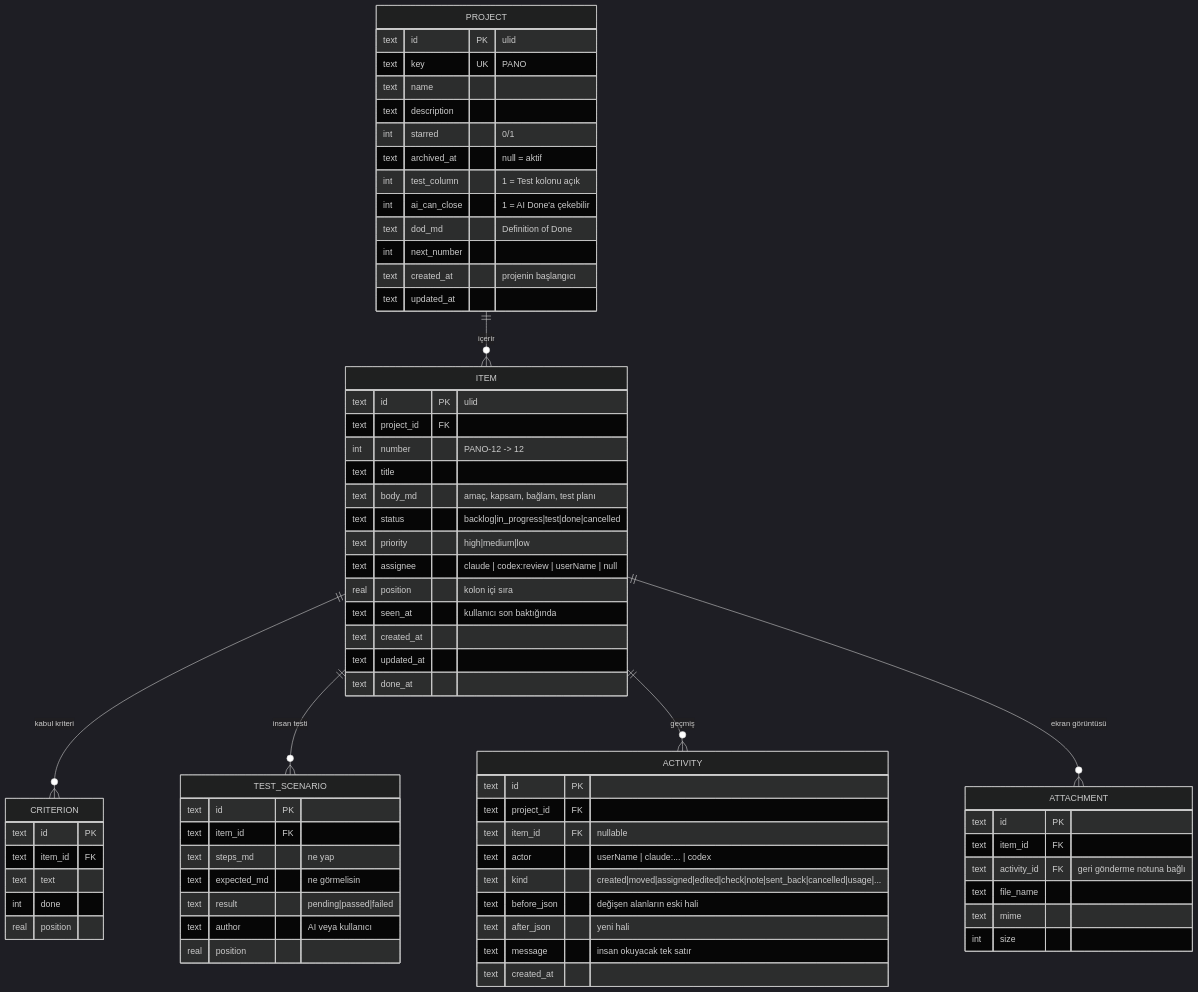
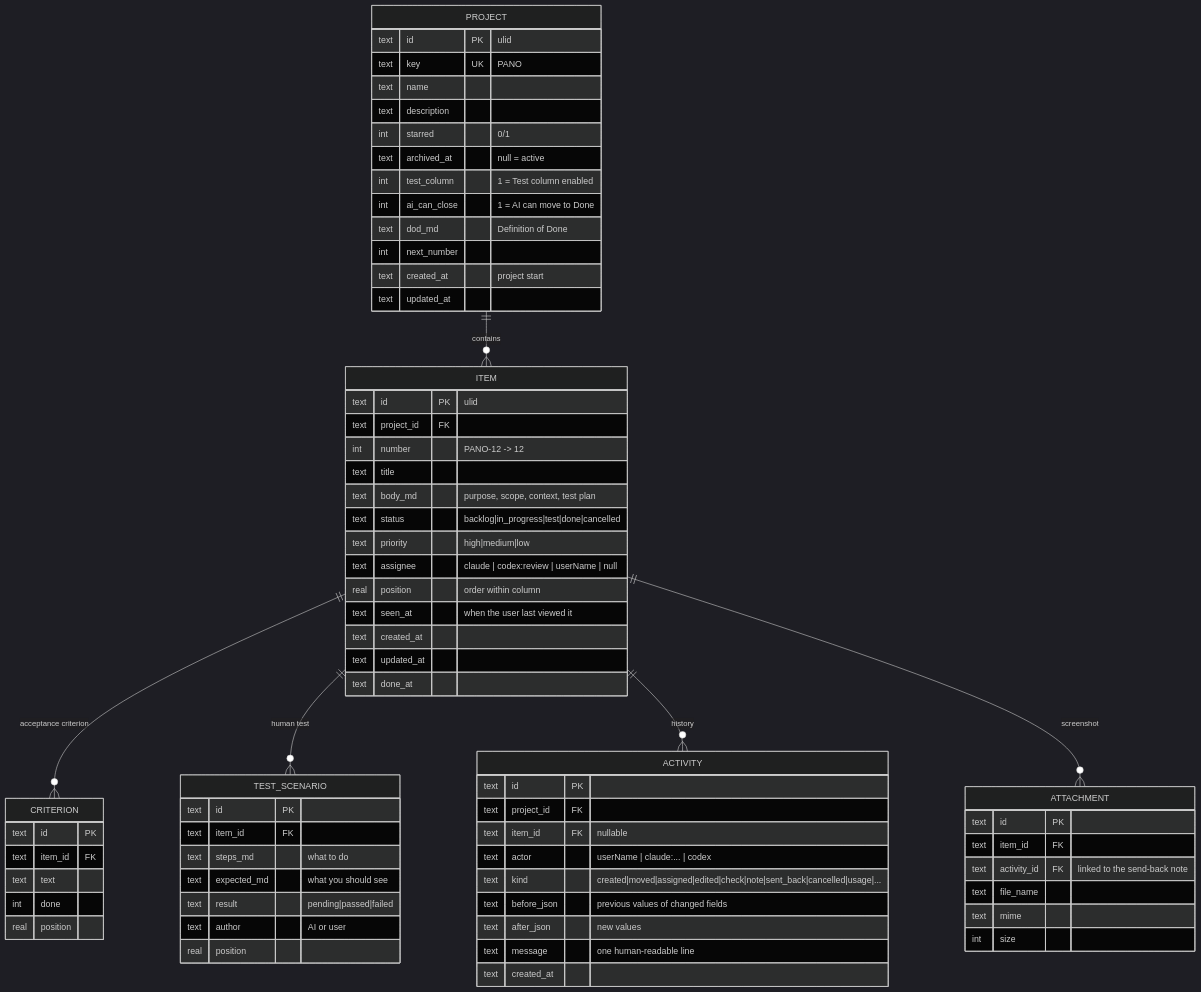
One commit to Metonya/pano changed the second of 2 diagrams in docs/architecture.md. Above: the diagram before and after it, drawn with Mermaid (dark theme). The commit also changed other lines of this file and 10 other files, not shown here.

````diff
--- a/docs/architecture.md
+++ b/docs/architecture.md
@@ -68,72 +68,72 @@
 ```mermaid
 erDiagram
-  PROJECT ||--o{ ITEM : içerir
-  ITEM ||--o{ CRITERION : "kabul kriteri"
-  ITEM ||--o{ TEST_SCENARIO : "insan testi"
-  ITEM ||--o{ ACTIVITY : "geçmiş"
-  ITEM ||--o{ ATTACHMENT : "ekran görüntüsü"
+  PROJECT ||--o{ ITEM : contains
+  ITEM ||--o{ CRITERION : "acceptance criterion"
+  ITEM ||--o{ TEST_SCENARIO : "human test"
+  ITEM ||--o{ ACTIVITY : "history"
+  ITEM ||--o{ ATTACHMENT : "screenshot"
   PROJECT {
     text id PK "ulid"
     text key UK "PANO"
     text name
     text description
     int starred "0/1"
-    text archived_at "null = aktif"
-    int test_column "1 = Test kolonu açık"
-    int ai_can_close "1 = AI Done'a çekebilir"
+    text archived_at "null = active"
+    int test_column "1 = Test column enabled"
+    int ai_can_close "1 = AI can move to Done"
     text dod_md "Definition of Done"
     int next_number
-    text created_at "projenin başlangıcı"
+    text created_at "project start"
     text updated_at
   }
   ITEM {
     text id PK "ulid"
     text project_id FK
     int number "PANO-12 -> 12"
     text title
-    text body_md "amaç, kapsam, bağlam, test planı"
+    text body_md "purpose, scope, context, test plan"
     text status "backlog|in_progress|test|done|cancelled"
     text priority "high|medium|low"
     text assignee "claude | codex:review | userName | null"
-    real position "kolon içi sıra"
-    text seen_at "kullanıcı son baktığında"
+    real position "order within column"
+    text seen_at "when the user last viewed it"
     text created_at
     text updated_at
     text done_at
   }
   CRITERION {
     text id PK
     text item_id FK
     text text
     int done
     real position
   }
   TEST_SCENARIO {
     text id PK
     text item_id FK
-    text steps_md "ne yap"
-    text expected_md "ne görmelisin"
+    text steps_md "what to do"
+    text expected_md "what you should see"
     text result "pending|passed|failed"
-    text author "AI veya kullanıcı"
+    text author "AI or user"
     real position
   }
   ATTACHMENT {
     text id PK
     text item_id FK
-    text activity_id FK "geri gönderme notuna bağlı"
+    text activity_id FK "linked to the send-back note"
     text file_name
     text mime
     int size
   }
   ACTIVITY {
     text id PK
     text project_id FK
     text item_id FK "nullable"
     text actor "userName | claude:... | codex"
     text kind "created|moved|assigned|edited|check|note|sent_back|cancelled|usage|..."
-    text before_json "değişen alanların eski hali"
-    text after_json "yeni hali"
-    text message "insan okuyacak tek satır"
+    text before_json "previous values of changed fields"
+    text after_json "new values"
+    text message "one human-readable line"
     text created_at
   }
 ```
````
